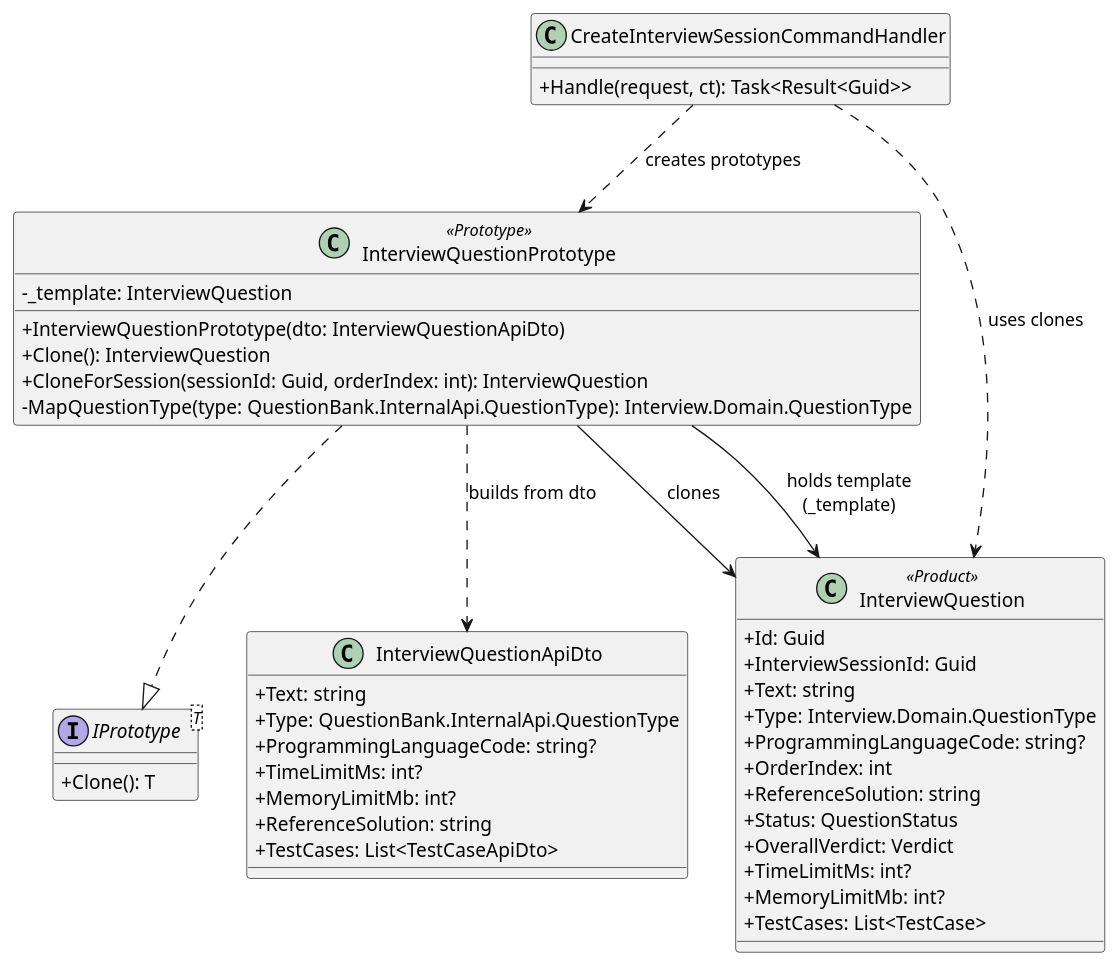
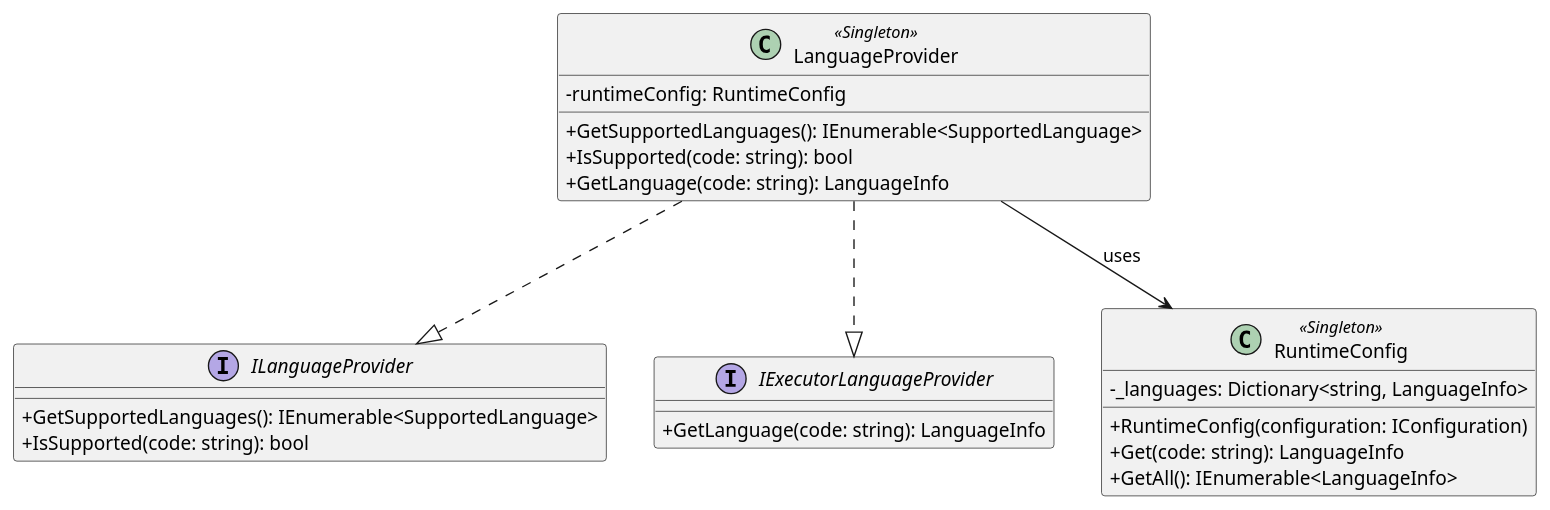
Before and after one commit to MLeontev/HSE_Architecture: the diagram in Lab Work №6/docs/GoF/CreationalPatterns/Singleton/uml.puml, drawn with PlantUML. The commit also changed 1 other file, not shown here.

```diff
--- a/Lab Work №6/docs/GoF/CreationalPatterns/Singleton/uml.puml
+++ b/Lab Work №6/docs/GoF/CreationalPatterns/Singleton/uml.puml
@@ -1,52 +1,31 @@
 @startuml
 skinparam classAttributeIconSize 0
 
-interface "IPrototype<T>" as IPrototypeT {
-  + Clone(): T
+class LanguageProvider <<Singleton>> {
+  - runtimeConfig: RuntimeConfig
+  + GetSupportedLanguages(): IEnumerable<SupportedLanguage>
+  + IsSupported(code: string): bool
+  + GetLanguage(code: string): LanguageInfo
 }
 
-class InterviewQuestionPrototype <<Prototype>> {
-  - _template: InterviewQuestion
-  + InterviewQuestionPrototype(dto: InterviewQuestionApiDto)
-  + Clone(): InterviewQuestion
-  + CloneForSession(sessionId: Guid, orderIndex: int): InterviewQuestion
-  - MapQuestionType(type: QuestionBank.InternalApi.QuestionType): Interview.Domain.QuestionType
+interface ILanguageProvider {
+  + GetSupportedLanguages(): IEnumerable<SupportedLanguage>
+  + IsSupported(code: string): bool
 }
 
-class InterviewQuestion <<Product>> {
-  + Id: Guid
-  + InterviewSessionId: Guid
-  + Text: string
-  + Type: Interview.Domain.QuestionType
-  + ProgrammingLanguageCode: string?
-  + OrderIndex: int
-  + ReferenceSolution: string
-  + Status: QuestionStatus
-  + OverallVerdict: Verdict
-  + TimeLimitMs: int?
-  + MemoryLimitMb: int?
-  + TestCases: List<TestCase>
+interface IExecutorLanguageProvider {
+  + GetLanguage(code: string): LanguageInfo
 }
 
-class InterviewQuestionApiDto {
-  + Text: string
-  + Type: QuestionBank.InternalApi.QuestionType
-  + ProgrammingLanguageCode: string?
-  + TimeLimitMs: int?
-  + MemoryLimitMb: int?
-  + ReferenceSolution: string
-  + TestCases: List<TestCaseApiDto>
+class RuntimeConfig <<Singleton>> {
+  - _languages: Dictionary<string, LanguageInfo>
+  + RuntimeConfig(configuration: IConfiguration)
+  + Get(code: string): LanguageInfo
+  + GetAll(): IEnumerable<LanguageInfo>
 }
 
-class CreateInterviewSessionCommandHandler {
-  + Handle(request, ct): Task<Result<Guid>>
-}
+LanguageProvider ..|> ILanguageProvider
+LanguageProvider ..|> IExecutorLanguageProvider
+LanguageProvider --> RuntimeConfig : uses
 
-InterviewQuestionPrototype ..|> IPrototypeT
-InterviewQuestionPrototype --> InterviewQuestion : holds template\n(_template)
-InterviewQuestionPrototype ..> InterviewQuestionApiDto : builds from dto
-InterviewQuestionPrototype --> InterviewQuestion : clones
-
-CreateInterviewSessionCommandHandler ..> InterviewQuestionPrototype : creates prototypes
-CreateInterviewSessionCommandHandler ..> InterviewQuestion : uses clones
 @enduml
```
